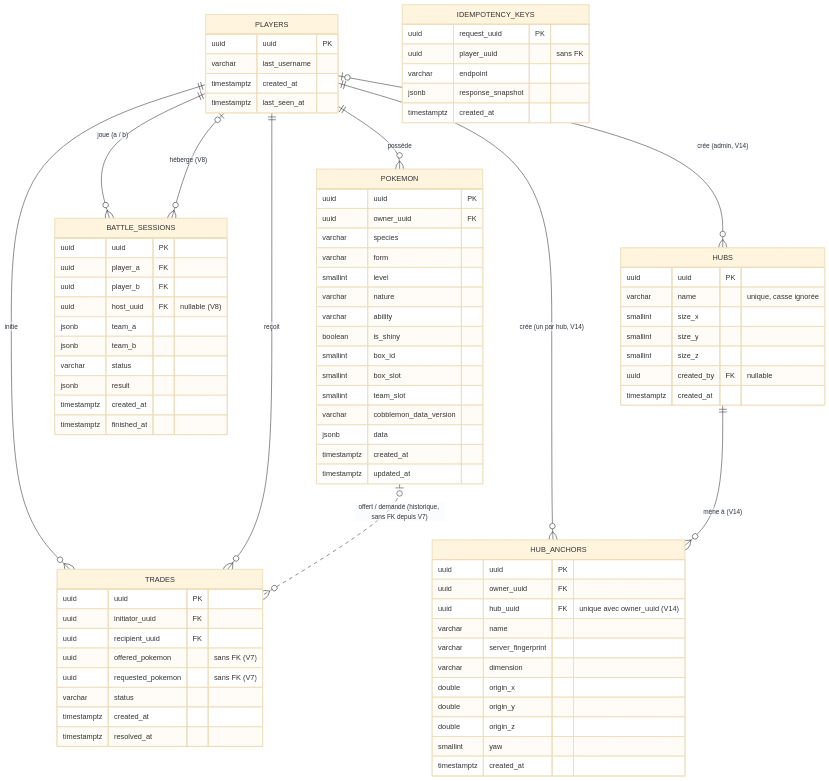
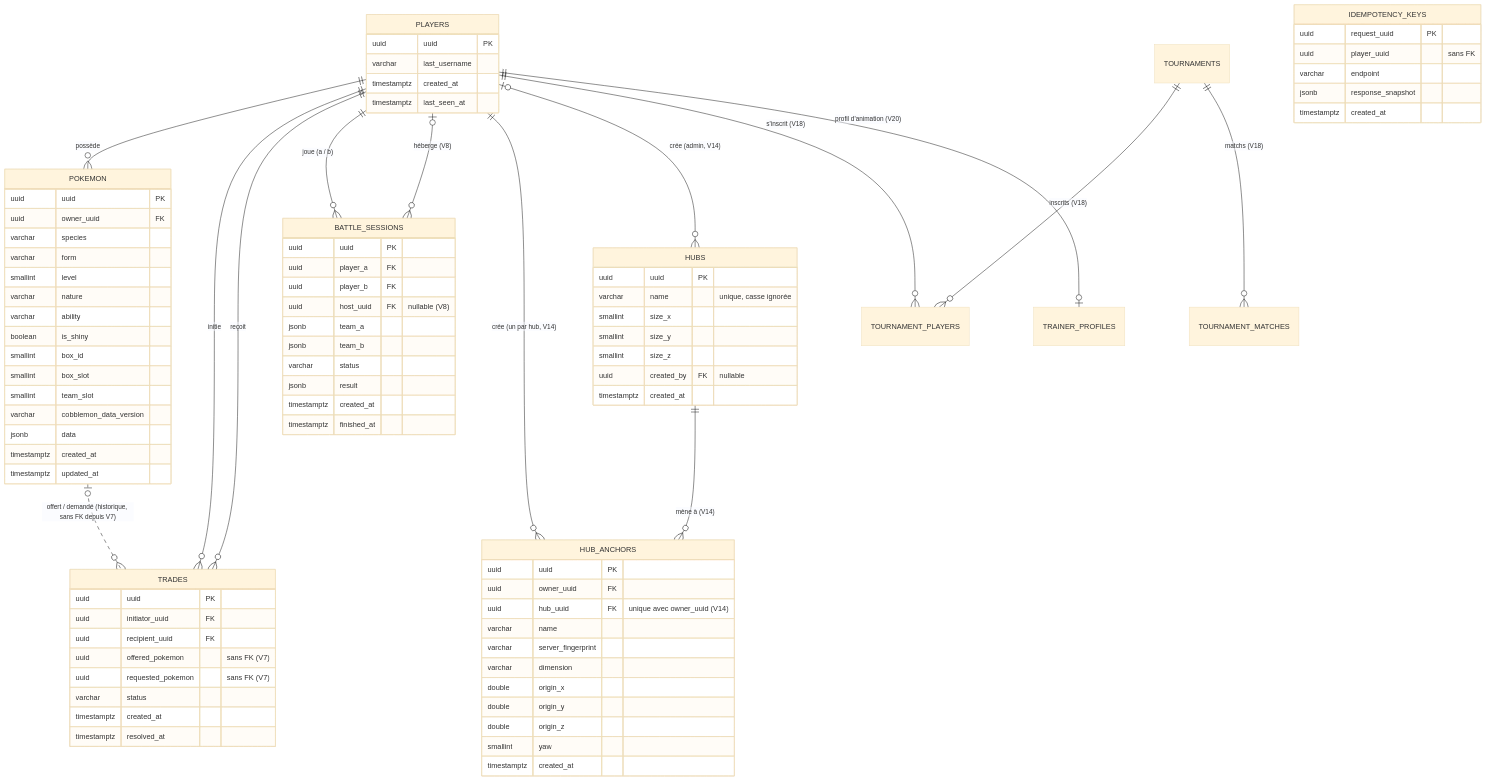
One commit to TrAdrienGit/Phantasmon-Backend changed the diagram in Documentation/reference/database-schema.md. Above: the diagram before and after it, drawn with Mermaid (base theme). The commit also changed other lines of this file and 6 other files, not shown here.

Commit message:
Trainer animation profiles (V20, POST /trainer-profile, GET /trainer-profiles); schema doc caught up to V20

```diff
--- a/Documentation/reference/database-schema.md
+++ b/Documentation/reference/database-schema.md
@@ -28,6 +28,10 @@
     PLAYERS ||--o{ HUB_ANCHORS : "crée (un par hub, V14)"
     HUBS ||--o{ HUB_ANCHORS : "mène à (V14)"
     PLAYERS |o--o{ HUBS : "crée (admin, V14)"
+    TOURNAMENTS ||--o{ TOURNAMENT_PLAYERS : "inscrits (V18)"
+    PLAYERS ||--o{ TOURNAMENT_PLAYERS : "s'inscrit (V18)"
+    TOURNAMENTS ||--o{ TOURNAMENT_MATCHES : "matchs (V18)"
+    PLAYERS ||--o| TRAINER_PROFILES : "profil d'animation (V20)"
 
     PLAYERS {
         uuid uuid PK
```
